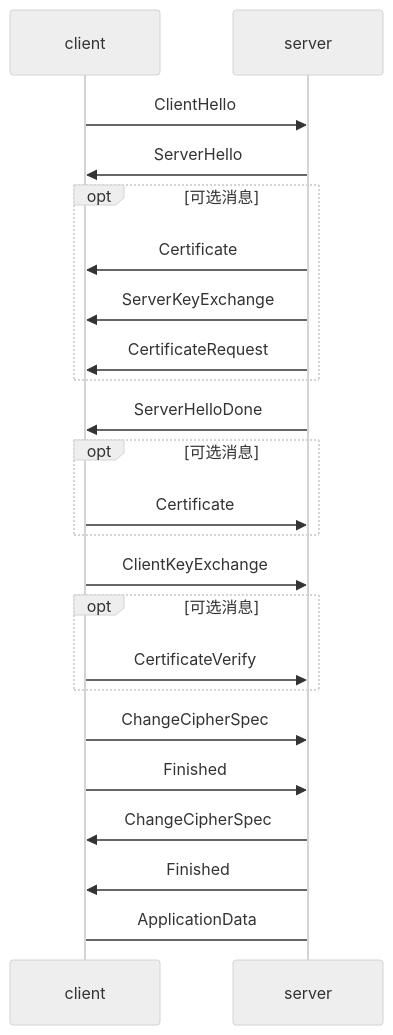
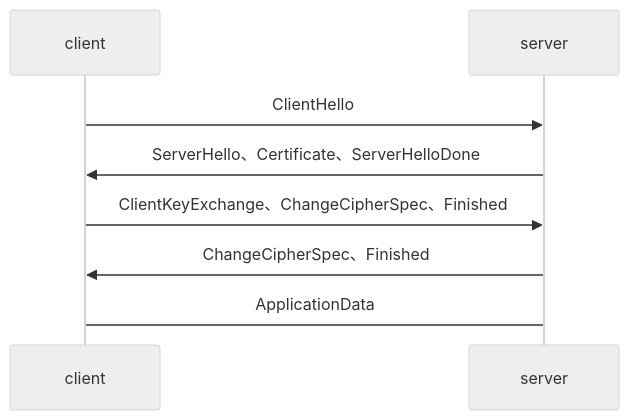
One commit to letslawful/P233.github.io changed the first of 2 diagrams in _posts/2017-08-04-tls1.3.md. Above: the diagram before and after it, drawn with Mermaid (neutral theme). The commit also changed other lines of this file, not shown here.

````diff
--- a/_posts/2017-08-04-tls1.3.md
+++ b/_posts/2017-08-04-tls1.3.md
@@ -108,23 +88,8 @@
 ```mermaid
 sequenceDiagram 
 client->>server:ClientHello
-server->>client:ServerHello
-opt 可选消息
-server->>client:Certificate
-server->>client:ServerKeyExchange
-server->>client:CertificateRequest
-end
-server->>client:ServerHelloDone
-opt 可选消息
-client->>server:Certificate
-end
-client->>server:ClientKeyExchange
-opt 可选消息
-client->>server:CertificateVerify
-end
-client->>server:ChangeCipherSpec
-client->>server:Finished
-server->>client:ChangeCipherSpec
-server->>client:Finished
+server->>client:ServerHello、Certificate、ServerHelloDone
+client->>server:ClientKeyExchange、ChangeCipherSpec、Finished
+server->>client:ChangeCipherSpec、Finished
 client->server:ApplicationData
 ```
````
